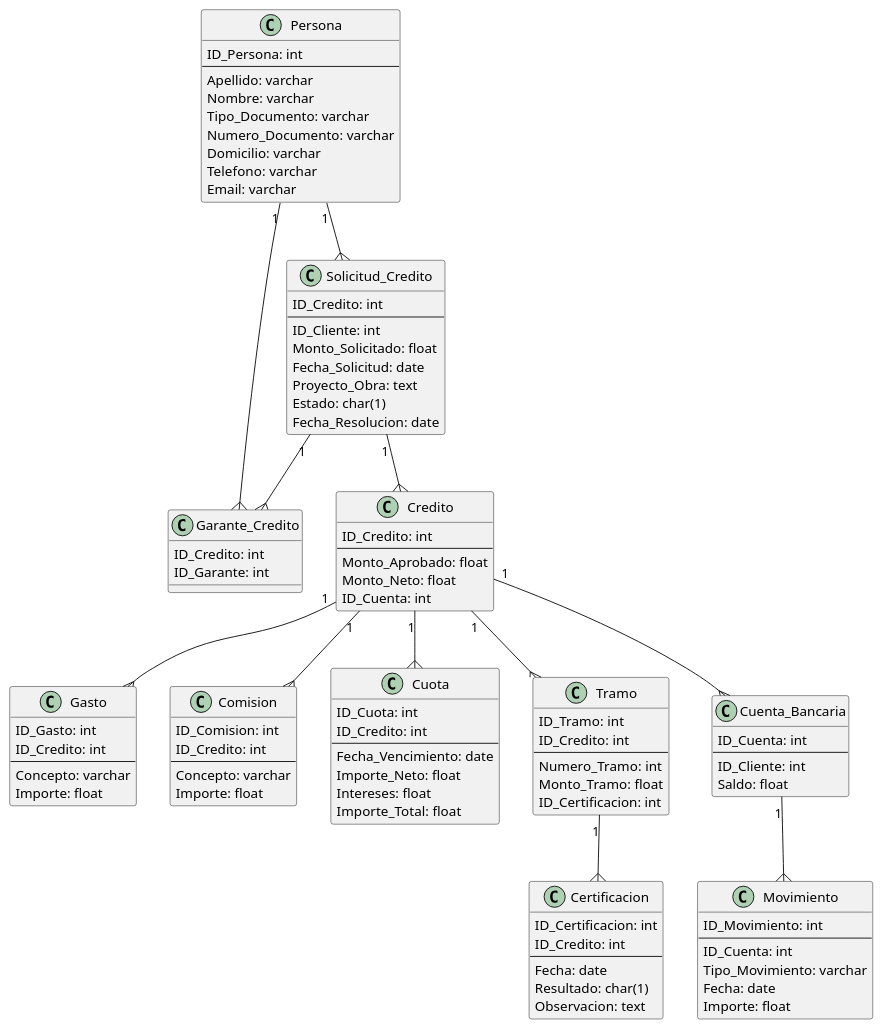
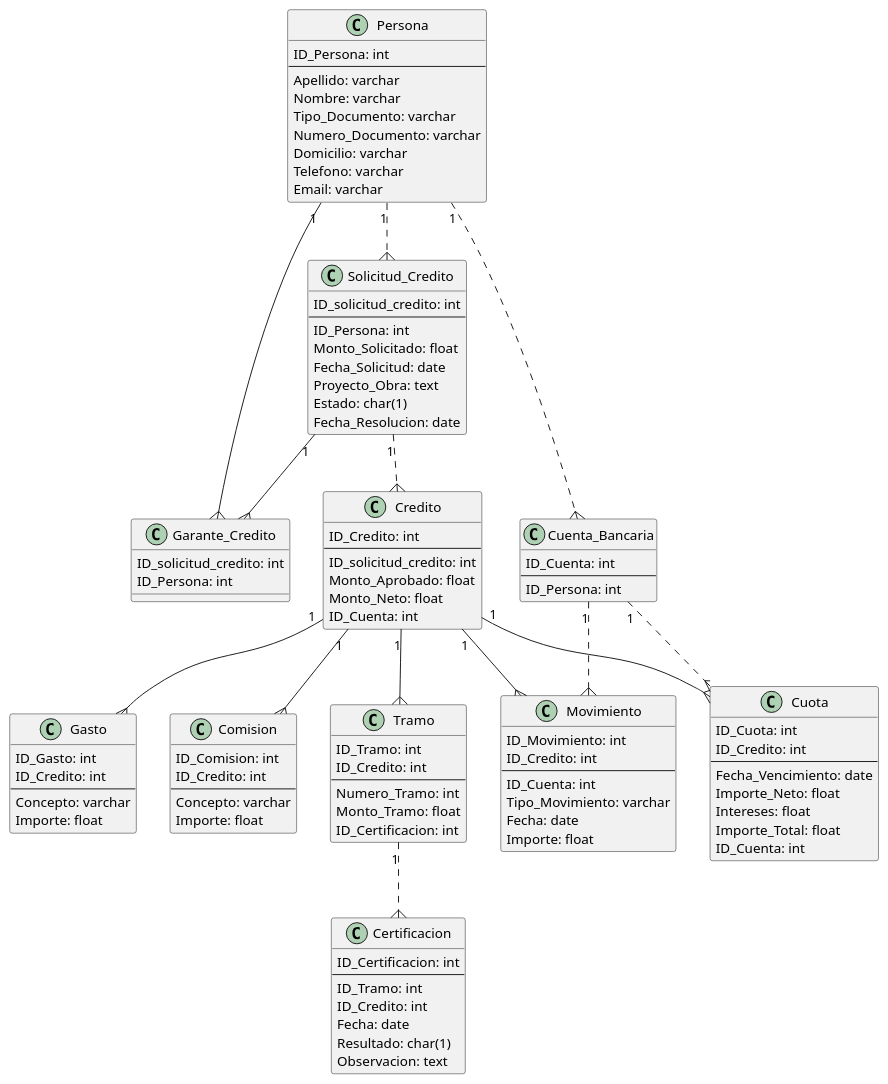
The diagram in practica/practicaFinal/practicafinal.puml (JesusOliveto/SBD2024), drawn with PlantUML before and after one commit. The commit also changed other lines of this file and 3 other files, not shown here.

```diff
--- a/practica/practicaFinal/practicafinal.puml
+++ b/practica/practicaFinal/practicafinal.puml
@@ -45,131 +45,118 @@
 @startuml
 class Persona {
     ID_Persona: int
     --
     Apellido: varchar
     Nombre: varchar
     Tipo_Documento: varchar
     Numero_Documento: varchar
     Domicilio: varchar
     Telefono: varchar
     Email: varchar
 }
 
 class Solicitud_Credito {
-    ID_Credito: int
+    ID_solicitud_credito: int
     --
-    ID_Cliente: int
+    ID_Persona: int
     Monto_Solicitado: float
     Fecha_Solicitud: date
     Proyecto_Obra: text
     Estado: char(1)
     Fecha_Resolucion: date
 }
 
 class Garante_Credito {
-    ID_Credito: int
-    ID_Garante: int
+    ID_solicitud_credito: int
+    ID_Persona: int
 }
 
 class Credito {
     ID_Credito: int
     --
+    ID_solicitud_credito: int
     Monto_Aprobado: float
     Monto_Neto: float
     ID_Cuenta: int
 }
 
 class Gasto {
     ID_Gasto: int
     ID_Credito: int
     --
     Concepto: varchar
     Importe: float
 }
 
 class Comision {
     ID_Comision: int
     ID_Credito: int
     --
     Concepto: varchar
     Importe: float
 }
 
 class Cuota {
     ID_Cuota: int
     ID_Credito: int
     --
     Fecha_Vencimiento: date
     Importe_Neto: float
     Intereses: float
     Importe_Total: float
+    ID_Cuenta: int
 }
 
 class Tramo {
     ID_Tramo: int
     ID_Credito: int
     --
     Numero_Tramo: int
     Monto_Tramo: float
     ID_Certificacion: int
 }
 
 class Certificacion {
     ID_Certificacion: int
+    --
+    ID_Tramo: int
     ID_Credito: int
-    --
     Fecha: date
     Resultado: char(1)
     Observacion: text
 }
 
 class Cuenta_Bancaria {
     ID_Cuenta: int
     --
-    ID_Cliente: int
-    Saldo: float
+    ID_Persona: int
 }
 
 class Movimiento {
     ID_Movimiento: int
+    ID_Credito: int
     --
     ID_Cuenta: int
     Tipo_Movimiento: varchar
     Fecha: date
     Importe: float
 }
 
 
-Persona "1"--{ Solicitud_Credito
+Persona "1"..{ Solicitud_Credito
 Persona "1"--{ Garante_Credito
 Solicitud_Credito "1"--{ Garante_Credito
-Solicitud_Credito "1"--{ Credito
+Solicitud_Credito "1"..{ Credito
 Credito "1"--{ Gasto
 Credito "1"--{ Comision
 Credito "1"--{ Cuota
 Credito "1"--{ Tramo
-Credito "1"--{ Cuenta_Bancaria
-Tramo "1"--{ Certificacion
-Cuenta_Bancaria "1"--{ Movimiento
+Credito "1"--{ Movimiento
+Tramo "1"..{ Certificacion
+Cuenta_Bancaria "1"..{ Movimiento
+Cuenta_Bancaria "1"..{ Cuota
+Persona "1"..{ Cuenta_Bancaria
 
 
 
-
-
-' Persona "1" -- "0..*" Solicitud_Credito : Cliente
-' Persona "1" -- "0..*" Garante_Credito : Garante
-
-' Solicitud_Credito "1" -- "0..*" Garante_Credito
-
-' Solicitud_Credito "1" -- "0..1" Credito : Aprobado
-' Credito "1" -- "0..*" Gasto_Comision
-' Credito "1" -- "0..*" Cuota
-' Credito "1" -- "0..*" Tramo
-' Credito "1" -- "1" Cuenta_Bancaria
-
-' Tramo "1" -- "1" Certificacion
-' Certificacion "1" -- "1" Credito
-
-' Cuenta_Bancaria "1" -- "0..*" Movimiento
-
 @enduml
```
